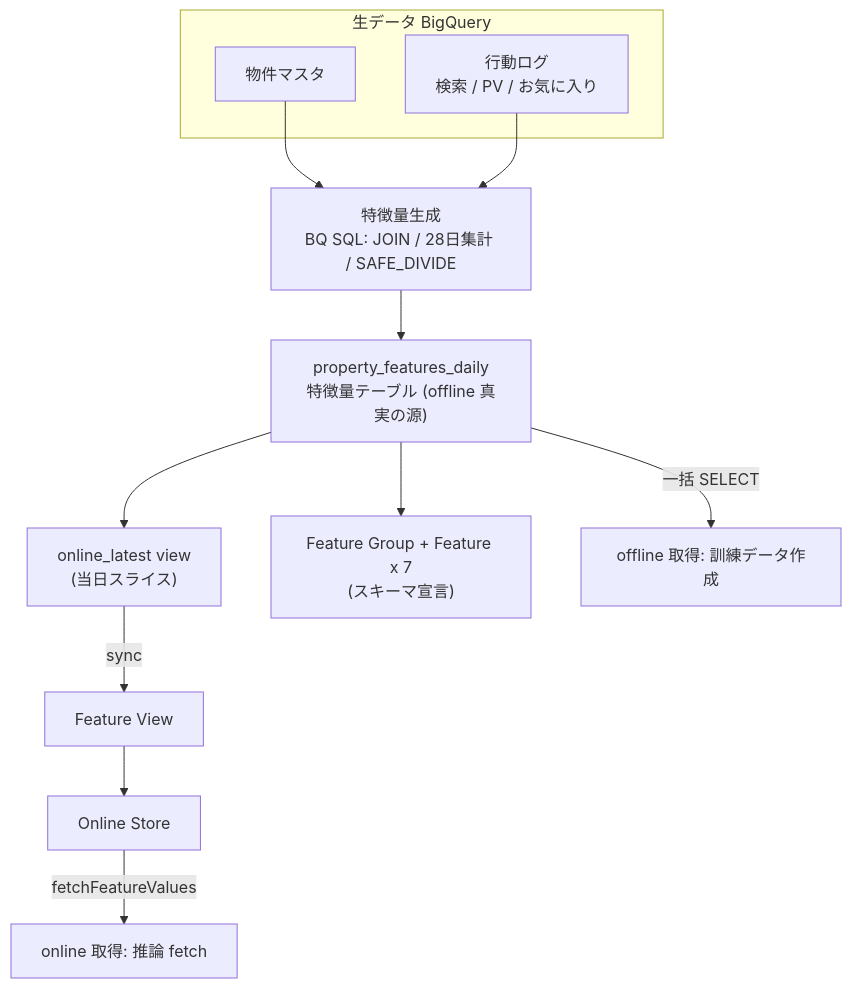
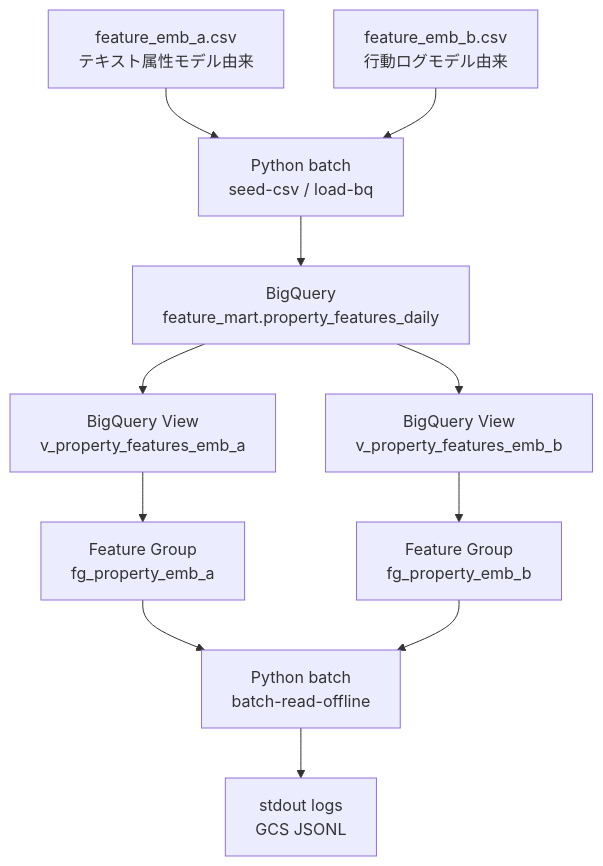
Before and after one commit to kurosawa-kuro/study-gcp-feature-store-offline: the first of 2 diagrams in docs/Feature-store入門.md, drawn with Mermaid. The commit also changed other lines of this file and 26 other files, not shown here.

````diff
--- a/docs/Feature-store入門.md
+++ b/docs/Feature-store入門.md
@@ -153,24 +74,24 @@
 ```mermaid
 graph TB
-    subgraph 生データ BigQuery
-        PM["物件マスタ"]
-        LOG["行動ログ<br/>検索 / PV / お気に入り"]
-    end
-    FE["特徴量生成<br/>BQ SQL: JOIN / 28日集計 / SAFE_DIVIDE"]
-    FD["property_features_daily<br/>特徴量テーブル (offline 真実の源)"]
-    VW["online_latest view<br/>(当日スライス)"]
-    FG["Feature Group + Feature x 7<br/>(スキーマ宣言)"]
-    FV["Feature View"]
-    OS["Online Store"]
-    TRAIN["offline 取得: 訓練データ作成"]
-    SERVE["online 取得: 推論 fetch"]
-    PM --> FE
-    LOG --> FE
-    FE --> FD
-    FD --> FG
-    FD --> VW
-    VW -->|"sync"| FV
-    FV --> OS
-    FD -->|"一括 SELECT"| TRAIN
-    OS -->|"fetchFeatureValues"| SERVE
+    A["feature_emb_a.csv<br/>テキスト属性モデル由来"]
+    B["feature_emb_b.csv<br/>行動ログモデル由来"]
+    L["Python batch<br/>seed-csv / load-bq"]
+    T["BigQuery<br/>feature_mart.property_features_daily"]
+    VA["BigQuery View<br/>v_property_features_emb_a"]
+    VB["BigQuery View<br/>v_property_features_emb_b"]
+    FGA["Feature Group<br/>fg_property_emb_a"]
+    FGB["Feature Group<br/>fg_property_emb_b"]
+    BA["Python batch<br/>batch-read-offline"]
+    O["stdout logs<br/>GCS JSONL"]
+
+    A --> L
+    B --> L
+    L --> T
+    T --> VA
+    T --> VB
+    VA --> FGA
+    VB --> FGB
+    FGA --> BA
+    FGB --> BA
+    BA --> O
 ```
````
